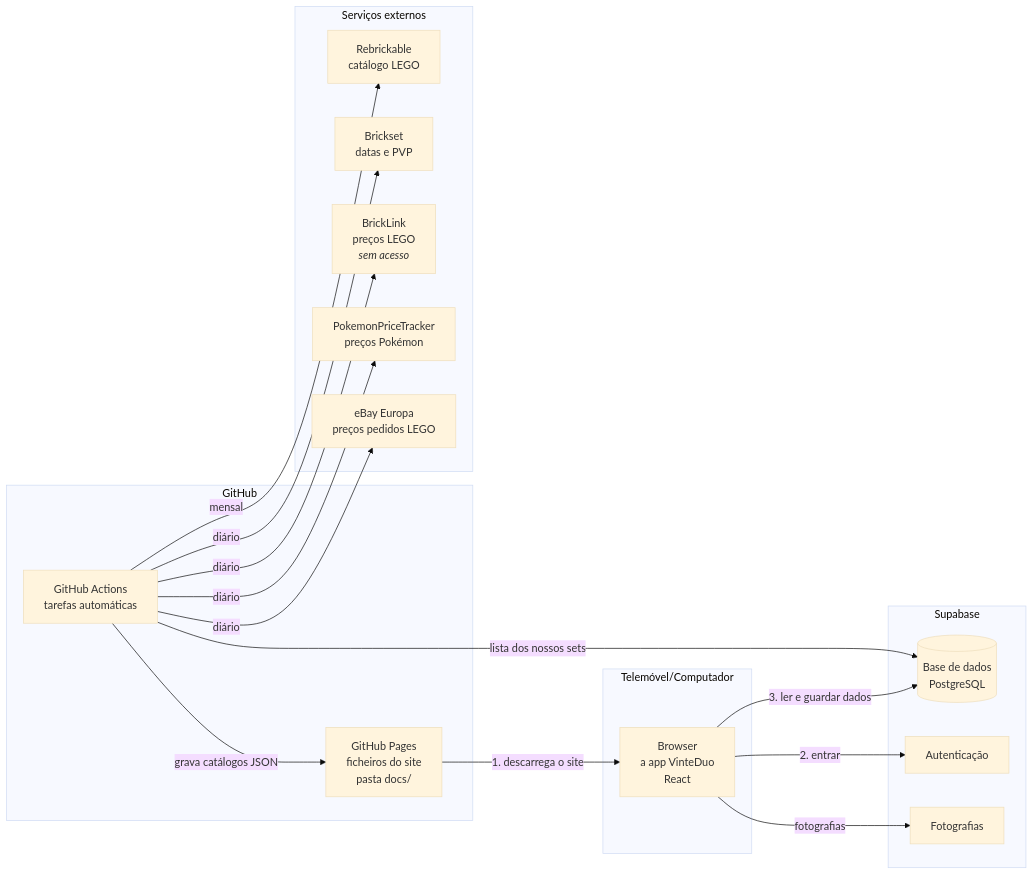
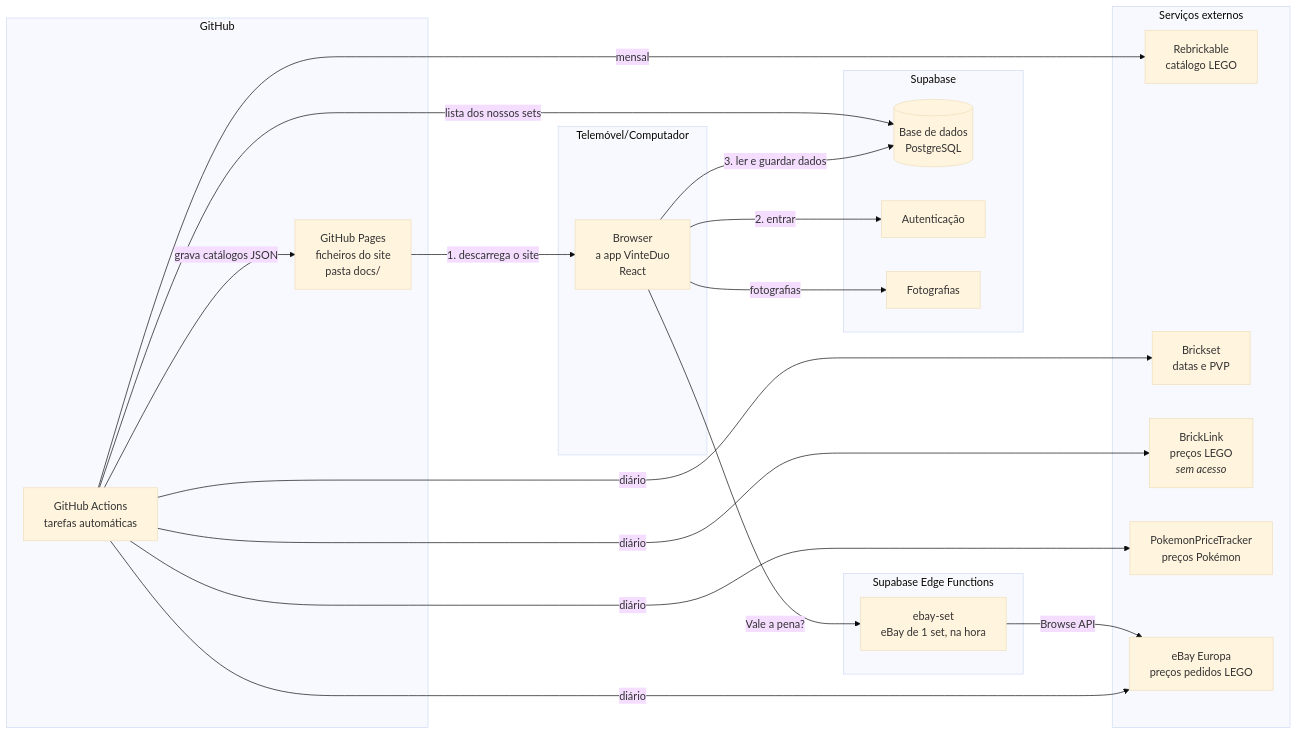
The first of 4 diagrams in README.md (RicardoMarquesCardoso/gestao-vinted), drawn with Mermaid (base theme) before and after one commit. The commit also changed other lines of this file and 14 other files, not shown here.

First line of the commit message:
Vale a pena?: avaliar compras antes de comprar

````diff
--- a/README.md
+++ b/README.md
@@ -48,31 +49,36 @@
 ```mermaid
 flowchart LR
   subgraph Telemóvel/Computador
     A[Browser<br/>a app VinteDuo<br/>React]
   end
   subgraph GitHub
     P[GitHub Pages<br/>ficheiros do site<br/>pasta docs/]
     G[GitHub Actions<br/>tarefas automáticas]
   end
   subgraph Supabase
     DB[(Base de dados<br/>PostgreSQL)]
     AU[Autenticação]
     ST[Fotografias]
   end
   subgraph Serviços externos
     RB[Rebrickable<br/>catálogo LEGO]
     BS[Brickset<br/>datas e PVP]
     BL[BrickLink<br/>preços LEGO<br/><i>sem acesso</i>]
     PT[PokemonPriceTracker<br/>preços Pokémon]
     EB[eBay Europa<br/>preços pedidos LEGO]
   end
+  subgraph Supabase Edge Functions
+    EF[ebay-set<br/>eBay de 1 set, na hora]
+  end
 
   P -- "1. descarrega o site" --> A
   A -- "2. entrar" --> AU
   A -- "3. ler e guardar dados" --> DB
   A -- fotografias --> ST
   G -- "mensal" --> RB
   G -- "diário" --> EB & PT & BS & BL
   G -- "grava catálogos JSON" --> P
   G -- "lista dos nossos sets" --> DB
+  A -- "Vale a pena?" --> EF
+  EF -- "Browse API" --> EB
 ```
````
